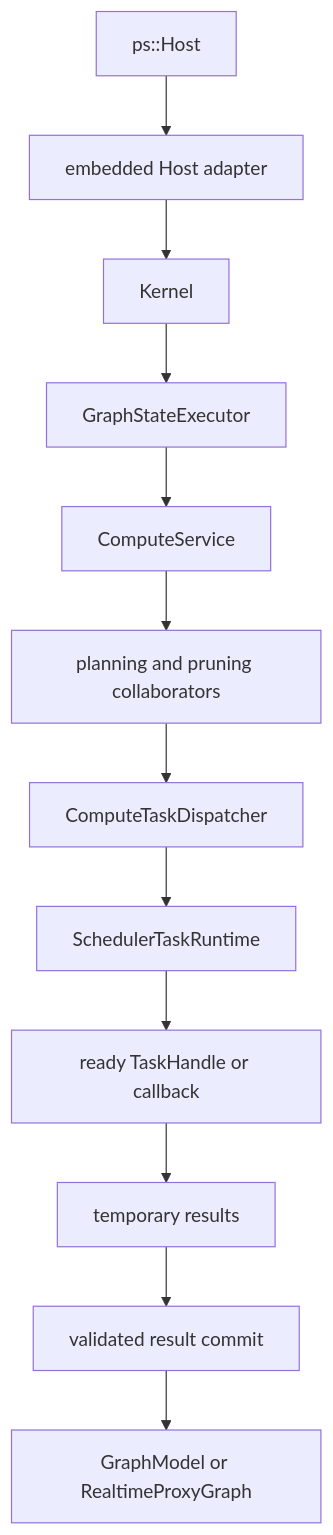
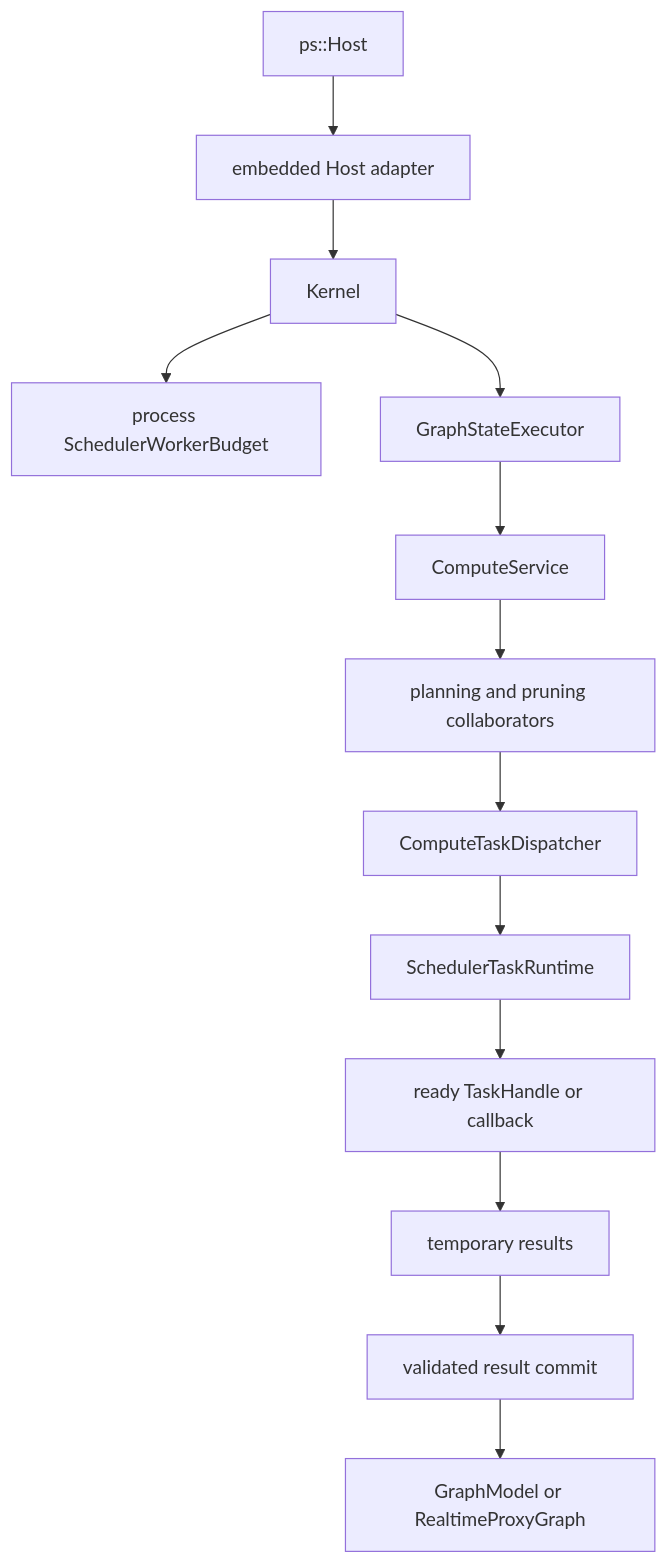
The diagram in docs/kernel-architecture/Compute-Boundaries.md (kevin-zf1123/photospider), drawn with Mermaid before and after one commit. The commit also changed other lines of this file and 25 other files, not shown here.

````diff
--- a/docs/kernel-architecture/Compute-Boundaries.md
+++ b/docs/kernel-architecture/Compute-Boundaries.md
@@ -21,14 +21,15 @@
 ```mermaid
 flowchart TD
   HOST["ps::Host"] --> ADAPTER["embedded Host adapter"]
   ADAPTER --> KERNEL["Kernel"]
+  KERNEL --> BUDGET["process SchedulerWorkerBudget"]
   KERNEL --> GSE["GraphStateExecutor"]
   GSE --> SERVICE["ComputeService"]
   SERVICE --> PLAN["planning and pruning collaborators"]
   PLAN --> DISPATCH["ComputeTaskDispatcher"]
   DISPATCH --> RUNTIME["SchedulerTaskRuntime"]
   RUNTIME --> CALLBACK["ready TaskHandle or callback"]
   CALLBACK --> TEMP["temporary results"]
   TEMP --> COMMIT["validated result commit"]
   COMMIT --> GRAPH["GraphModel or RealtimeProxyGraph"]
 ```
````
